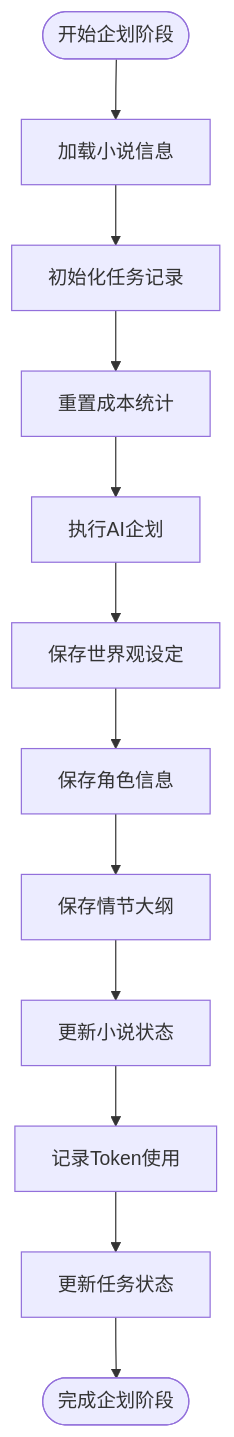
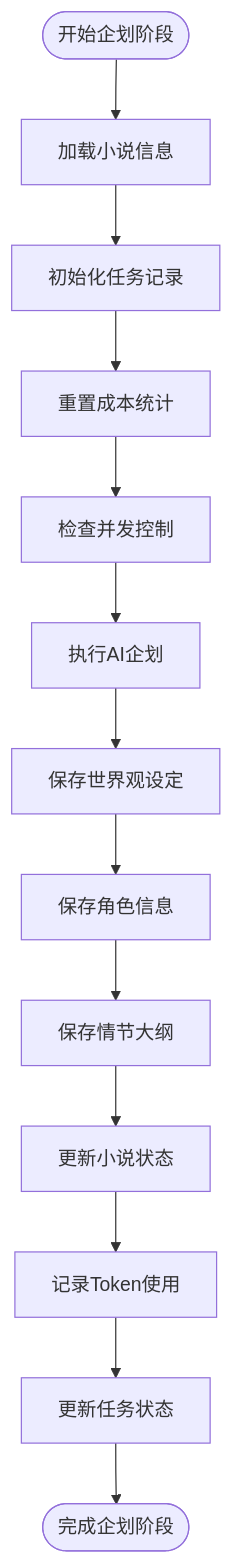
One commit to xfbyxq/ai-novel-system changed the third of 5 diagrams in .qoder/repowiki/zh/content/API接口文档/生成任务API.md. Above: the diagram before and after it, drawn with Mermaid. The commit also changed other lines of this file and 4 other files, not shown here.

````diff
--- a/.qoder/repowiki/zh/content/API接口文档/生成任务API.md
+++ b/.qoder/repowiki/zh/content/API接口文档/生成任务API.md
@@ -209,14 +220,15 @@
 ```mermaid
 flowchart TD
 Start([开始企划阶段]) --> LoadNovel["加载小说信息"]
 LoadNovel --> InitTask["初始化任务记录"]
 InitTask --> ResetCost["重置成本统计"]
-ResetCost --> RunPlanning["执行AI企划"]
+ResetCost --> CheckConcurrency["检查并发控制"]
+CheckConcurrency --> RunPlanning["执行AI企划"]
 RunPlanning --> SaveWorld["保存世界观设定"]
 SaveWorld --> SaveCharacters["保存角色信息"]
 SaveCharacters --> SavePlot["保存情节大纲"]
 SavePlot --> UpdateNovel["更新小说状态"]
 UpdateNovel --> SaveTokens["记录Token使用"]
 SaveTokens --> UpdateTask["更新任务状态"]
 UpdateTask --> Complete([完成企划阶段])
 ```
````
